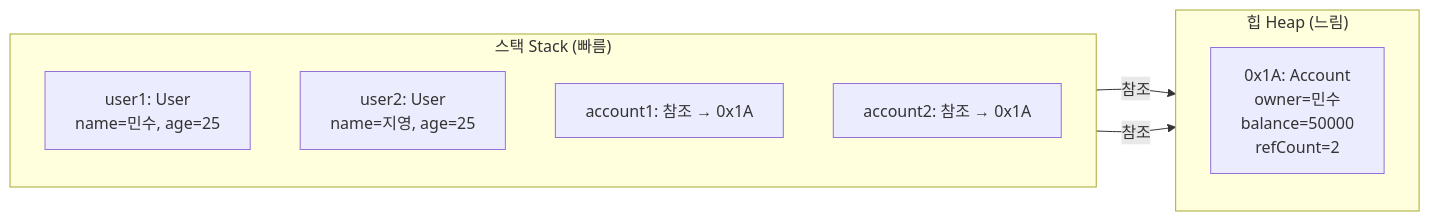
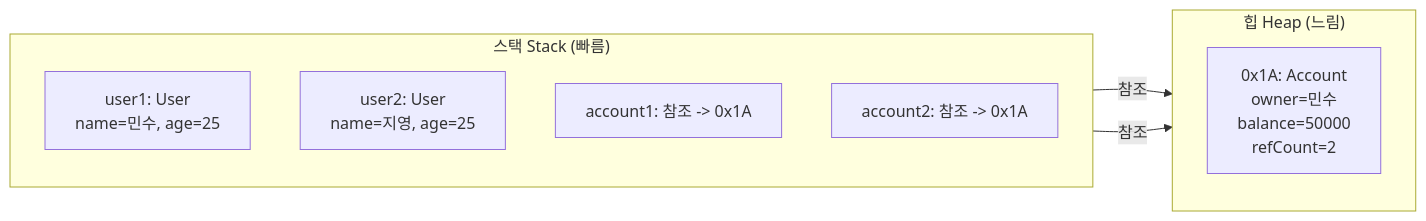
One commit to jsonpassion/forge-tutorial-swift changed the second of 4 diagrams in 02-swift-types/01-struct-class.md. Above: the diagram before and after it, drawn with Mermaid. The commit also changed other lines of this file and 69 other files, not shown here.

````diff
--- a/02-swift-types/01-struct-class.md
+++ b/02-swift-types/01-struct-class.md
@@ -124,16 +124,16 @@
 ```mermaid
 flowchart LR
     subgraph STACK["스택 Stack (빠름)"]
         direction TB
-        S1["user1: User\nname=민수, age=25"]
-        S2["user2: User\nname=지영, age=25"]
-        S3["account1: 참조 → 0x1A"]
-        S4["account2: 참조 → 0x1A"]
+        S1["user1: User<br/>name=민수, age=25"]
+        S2["user2: User<br/>name=지영, age=25"]
+        S3["account1: 참조 -> 0x1A"]
+        S4["account2: 참조 -> 0x1A"]
     end
     subgraph HEAP["힙 Heap (느림)"]
         direction TB
-        H1["0x1A: Account\nowner=민수\nbalance=50000\nrefCount=2"]
+        H1["0x1A: Account<br/>owner=민수<br/>balance=50000<br/>refCount=2"]
     end
     S3 -->|"참조"| H1
     S4 -->|"참조"| H1
 ```
````
